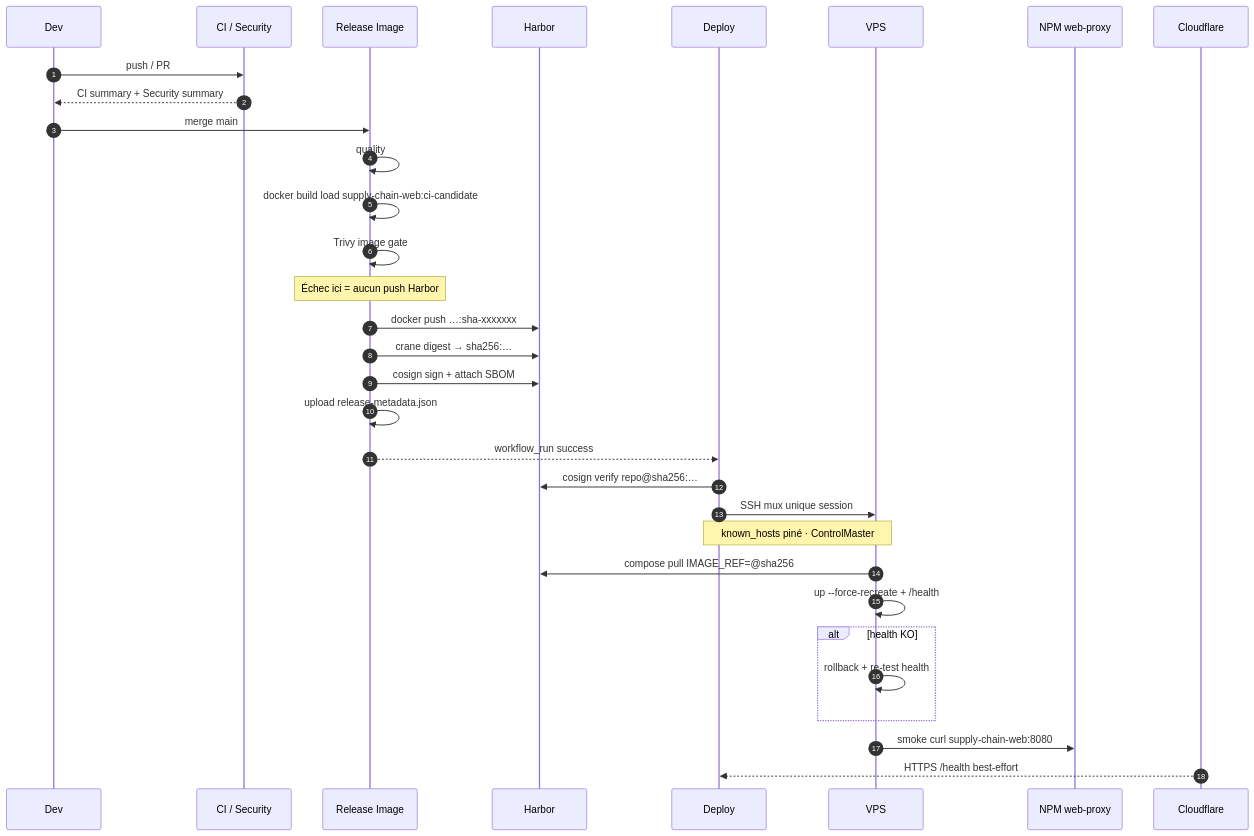
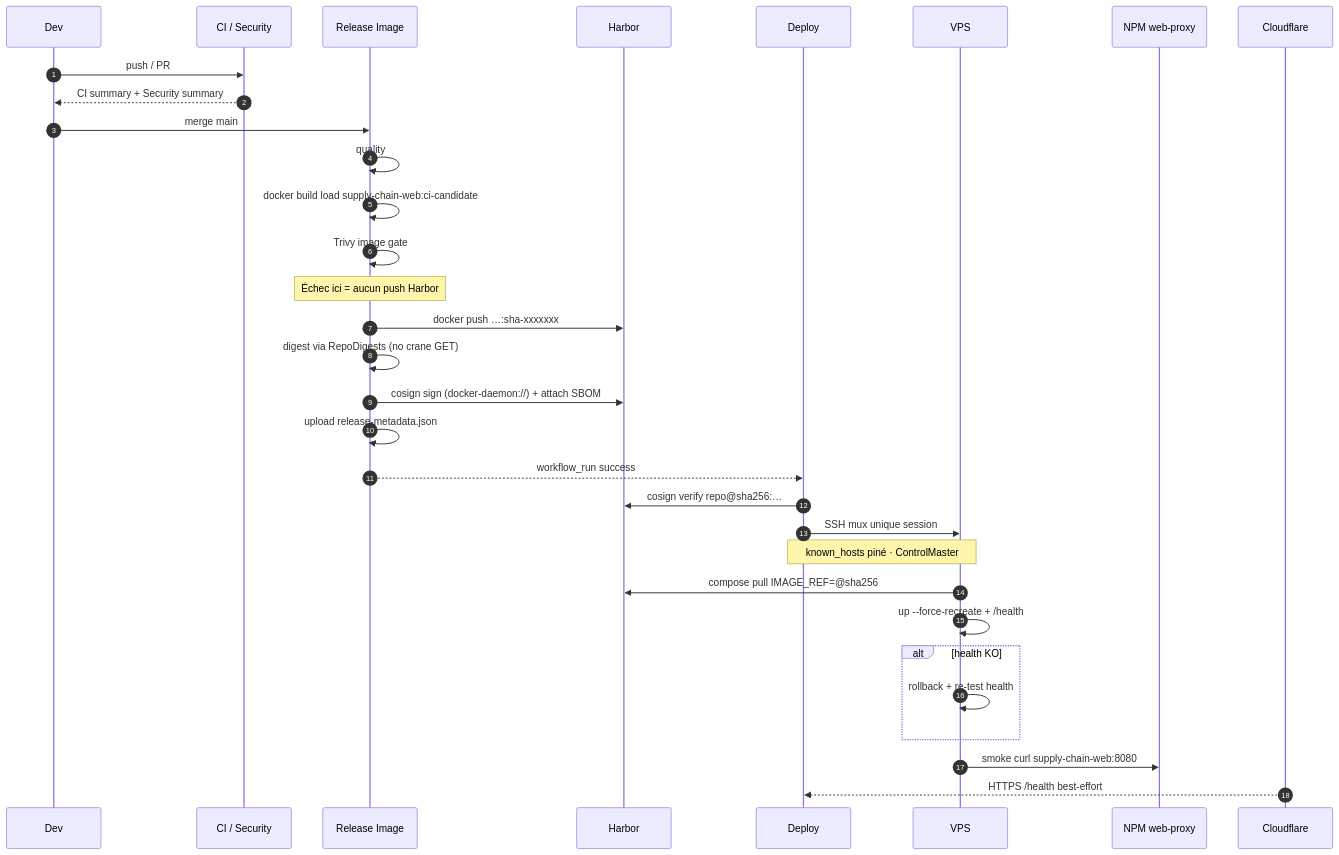
The second of 4 diagrams in .github/README.md (barthez-kenwou/supply-chain-pipeline), drawn with Mermaid before and after one commit. The commit also changed other lines of this file and 3 other files, not shown here.

````diff
--- a/.github/README.md
+++ b/.github/README.md
@@ -119,37 +119,37 @@
 ```mermaid
 sequenceDiagram
   autonumber
   participant Dev as Dev
   participant CI as CI / Security
   participant Rel as Release Image
   participant Har as Harbor
   participant Dep as Deploy
   participant VPS as VPS
   participant Proxy as NPM web-proxy
   participant Edge as Cloudflare
 
   Dev->>CI: push / PR
   CI-->>Dev: CI summary + Security summary
 
   Dev->>Rel: merge main
   Rel->>Rel: quality
   Rel->>Rel: docker build load supply-chain-web:ci-candidate
   Rel->>Rel: Trivy image gate
   Note over Rel: Échec ici = aucun push Harbor
   Rel->>Har: docker push …:sha-xxxxxxx
-  Rel->>Har: crane digest → sha256:…
-  Rel->>Har: cosign sign + attach SBOM
+  Rel->>Rel: digest via RepoDigests (no crane GET)
+  Rel->>Har: cosign sign (docker-daemon://) + attach SBOM
   Rel->>Rel: upload release-metadata.json
 
   Rel-->>Dep: workflow_run success
   Dep->>Har: cosign verify repo@sha256:…
   Dep->>VPS: SSH mux unique session
   Note over Dep,VPS: known_hosts piné · ControlMaster
   VPS->>Har: compose pull IMAGE_REF=@sha256
   VPS->>VPS: up --force-recreate + /health
   alt health KO
     VPS->>VPS: rollback + re-test health
   end
   VPS->>Proxy: smoke curl supply-chain-web:8080
   Edge-->>Dep: HTTPS /health best-effort
 ```
````
